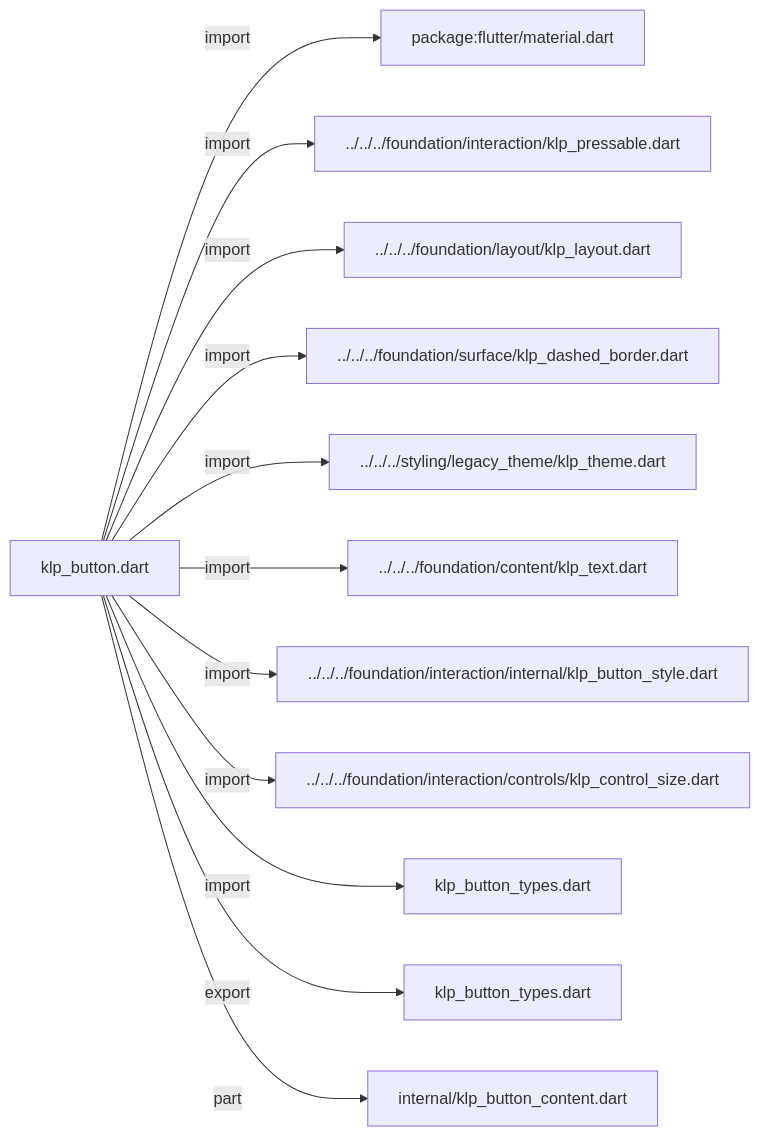
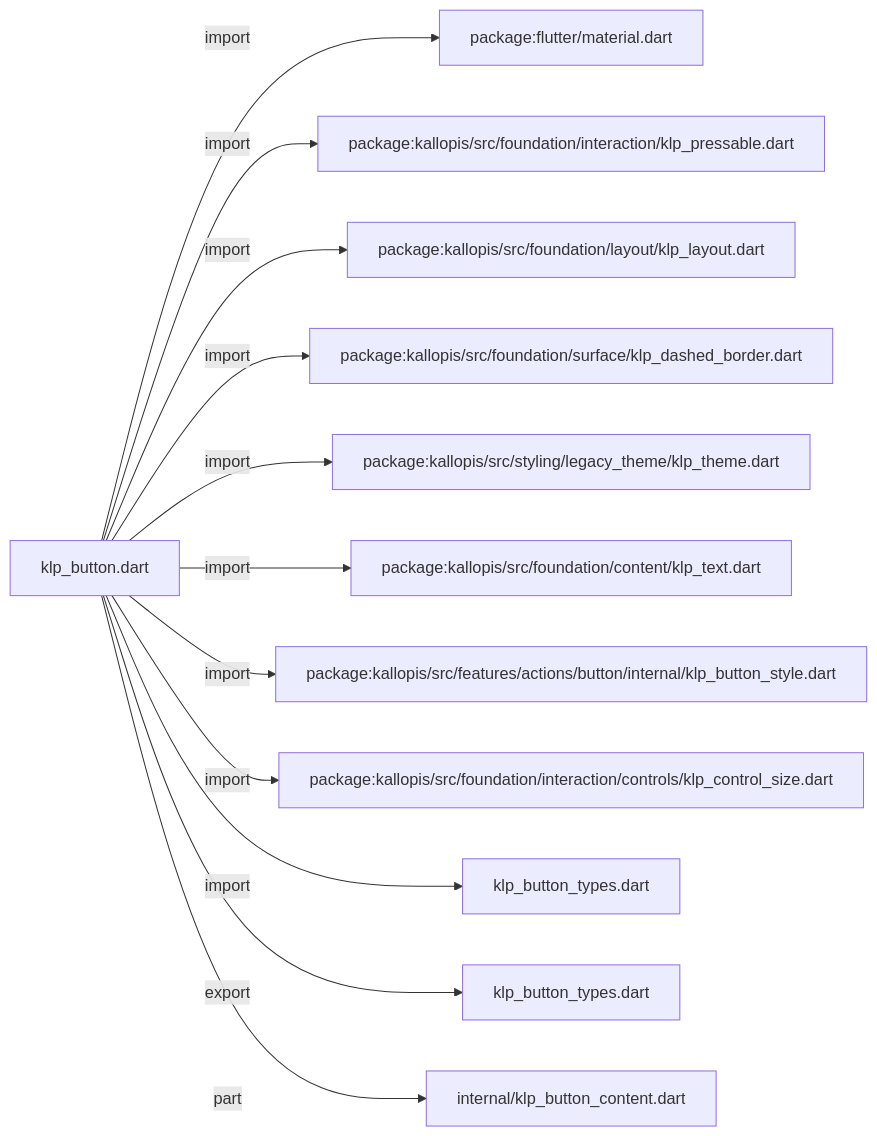
The first of 2 diagrams in docs/architecture/src/features/actions/button/klp_button.md (MiuDog/Kallopis), drawn with Mermaid before and after one commit. The commit also changed other lines of this file and 9688 other files, not shown here.

Commit message:
Prepare isolated Flow F2 peer baseline

````diff
--- a/docs/architecture/src/features/actions/button/klp_button.md
+++ b/docs/architecture/src/features/actions/button/klp_button.md
@@ -11,26 +11,26 @@
 ```mermaid
 flowchart LR
 	n0["klp_button.dart"]
 	n1["package:flutter/material.dart"]
-	n2["../../../foundation/interaction/klp_pressable.dart"]
-	n3["../../../foundation/layout/klp_layout.dart"]
-	n4["../../../foundation/surface/klp_dashed_border.dart"]
-	n5["../../../styling/legacy_theme/klp_theme.dart"]
-	n6["../../../foundation/content/klp_text.dart"]
-	n7["../../../foundation/interaction/internal/klp_button_style.dart"]
-	n8["../../../foundation/interaction/controls/klp_control_size.dart"]
+	n2["package:kallopis/src/foundation/interaction/klp_pressable.dart"]
+	n3["package:kallopis/src/foundation/layout/klp_layout.dart"]
+	n4["package:kallopis/src/foundation/surface/klp_dashed_border.dart"]
+	n5["package:kallopis/src/styling/legacy_theme/klp_theme.dart"]
+	n6["package:kallopis/src/foundation/content/klp_text.dart"]
+	n7["package:kallopis/src/features/actions/button/internal/klp_button_style.dart"]
+	n8["package:kallopis/src/foundation/interaction/controls/klp_control_size.dart"]
 	n9["klp_button_types.dart"]
 	n10["klp_button_types.dart"]
 	n11["internal/klp_button_content.dart"]
 	n0 -->|"import"| n1
 	n0 -->|"import"| n2
 	n0 -->|"import"| n3
 	n0 -->|"import"| n4
 	n0 -->|"import"| n5
 	n0 -->|"import"| n6
 	n0 -->|"import"| n7
 	n0 -->|"import"| n8
 	n0 -->|"import"| n9
 	n0 -->|"export"| n10
 	n0 -->|"part"| n11
 ```
````
